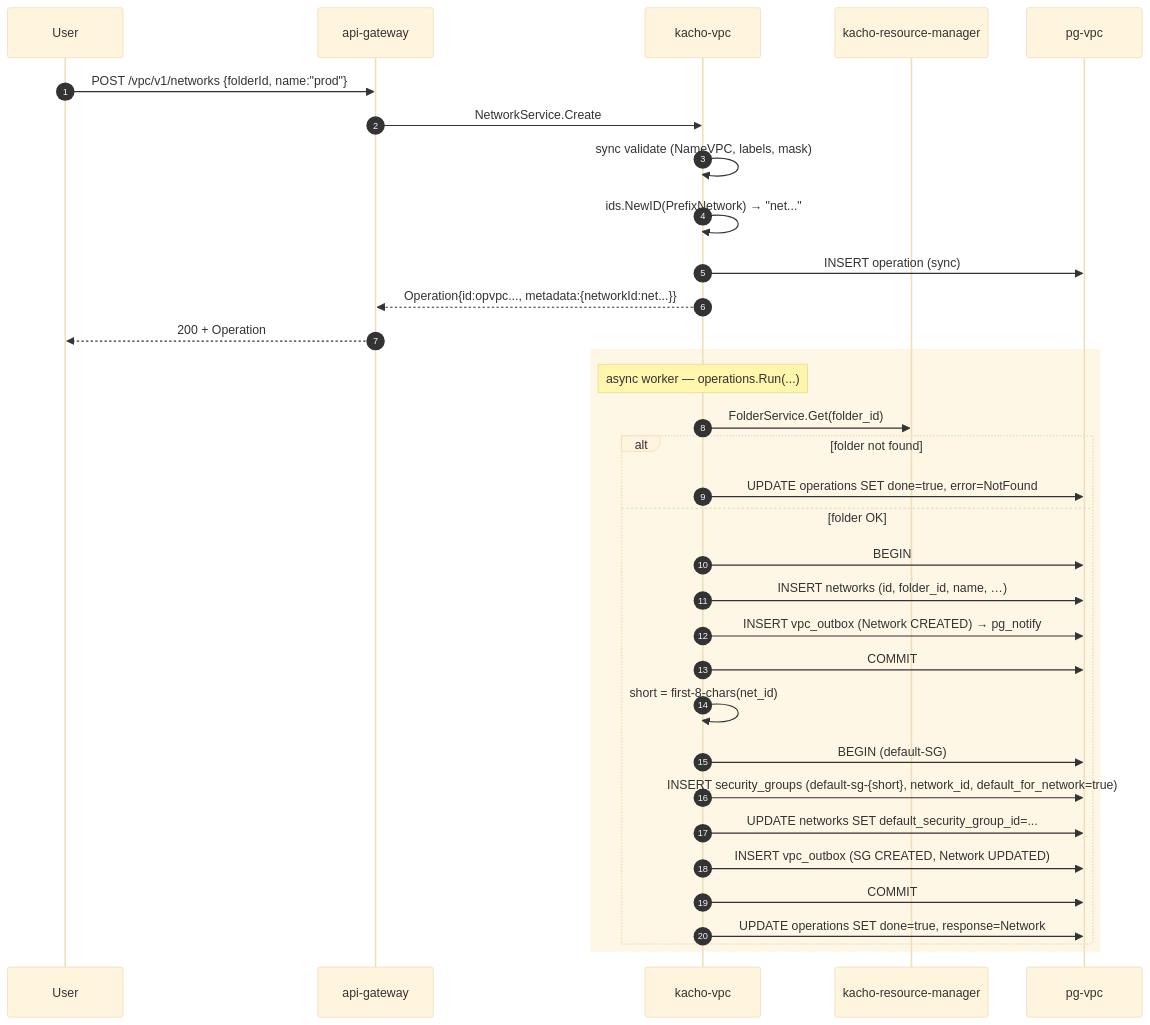
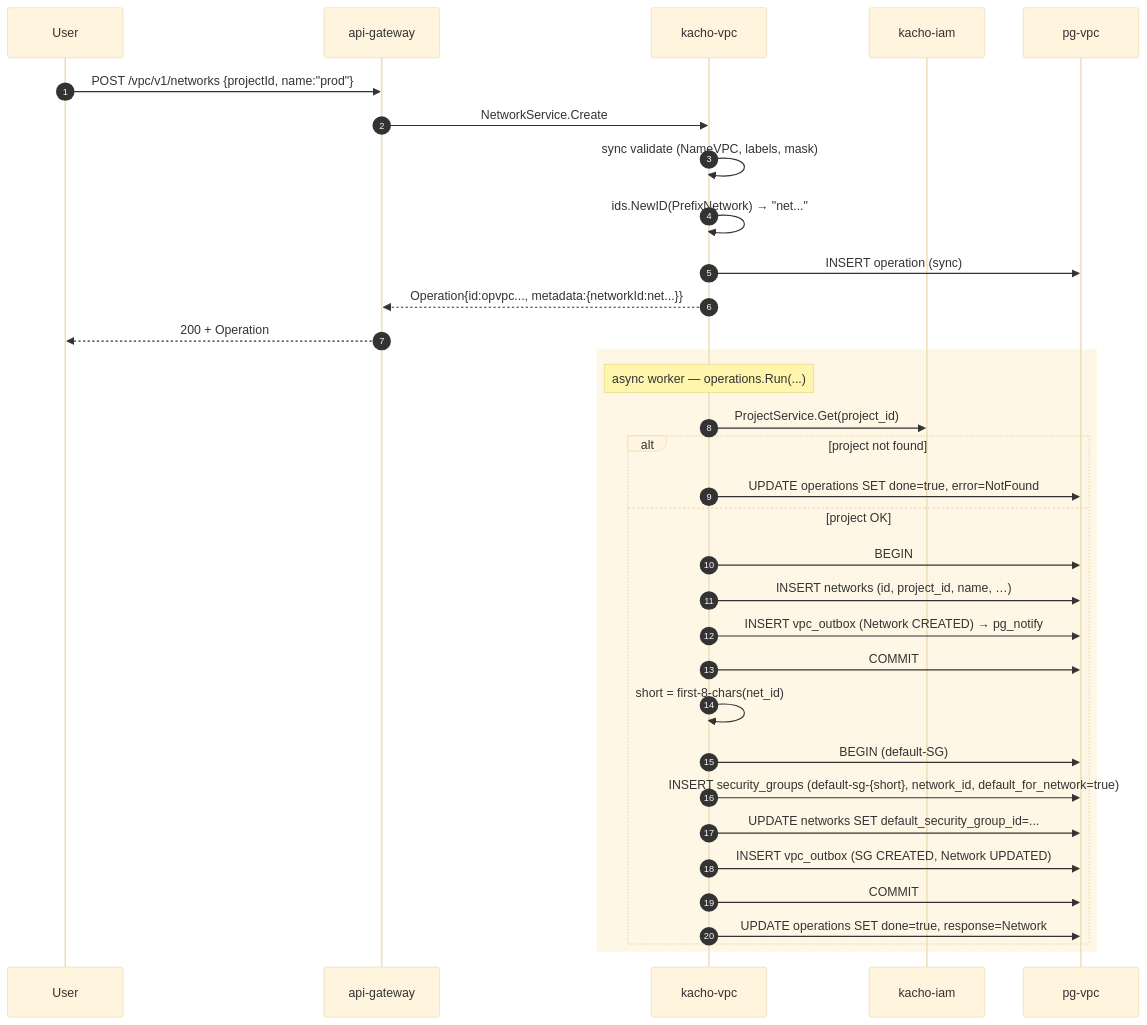
Before and after one commit to PRO-Robotech/kacho-workspace: the second of 6 diagrams in docs/architecture/02-data-flows.md, drawn with Mermaid (base theme). The commit also changed other lines of this file and 16 other files, not shown here.

````diff
--- a/docs/architecture/02-data-flows.md
+++ b/docs/architecture/02-data-flows.md
@@ -50,37 +51,37 @@
 ```mermaid
 sequenceDiagram
   autonumber
   participant U as User
   participant GW as api-gateway
   participant V as kacho-vpc
-  participant RM as kacho-resource-manager
+  participant IAM as kacho-iam
   participant DB as pg-vpc
 
-  U->>GW: POST /vpc/v1/networks {folderId, name:"prod"}
+  U->>GW: POST /vpc/v1/networks {projectId, name:"prod"}
   GW->>V: NetworkService.Create
   V->>V: sync validate (NameVPC, labels, mask)
   V->>V: ids.NewID(PrefixNetwork) → "net..."
   V->>DB: INSERT operation (sync)
   V-->>GW: Operation{id:opvpc..., metadata:{networkId:net...}}
   GW-->>U: 200 + Operation
 
   rect rgb(255,247,230)
   Note over V: async worker — operations.Run(...)
-  V->>RM: FolderService.Get(folder_id)
-  alt folder not found
+  V->>IAM: ProjectService.Get(project_id)
+  alt project not found
     V->>DB: UPDATE operations SET done=true, error=NotFound
-  else folder OK
+  else project OK
     V->>DB: BEGIN
-    V->>DB: INSERT networks (id, folder_id, name, …)
+    V->>DB: INSERT networks (id, project_id, name, …)
     V->>DB: INSERT vpc_outbox (Network CREATED) → pg_notify
     V->>DB: COMMIT
     V->>V: short = first-8-chars(net_id)
     V->>DB: BEGIN (default-SG)
     V->>DB: INSERT security_groups (default-sg-{short}, network_id, default_for_network=true)
     V->>DB: UPDATE networks SET default_security_group_id=...
     V->>DB: INSERT vpc_outbox (SG CREATED, Network UPDATED)
     V->>DB: COMMIT
     V->>DB: UPDATE operations SET done=true, response=Network
   end
   end
 ```
````
